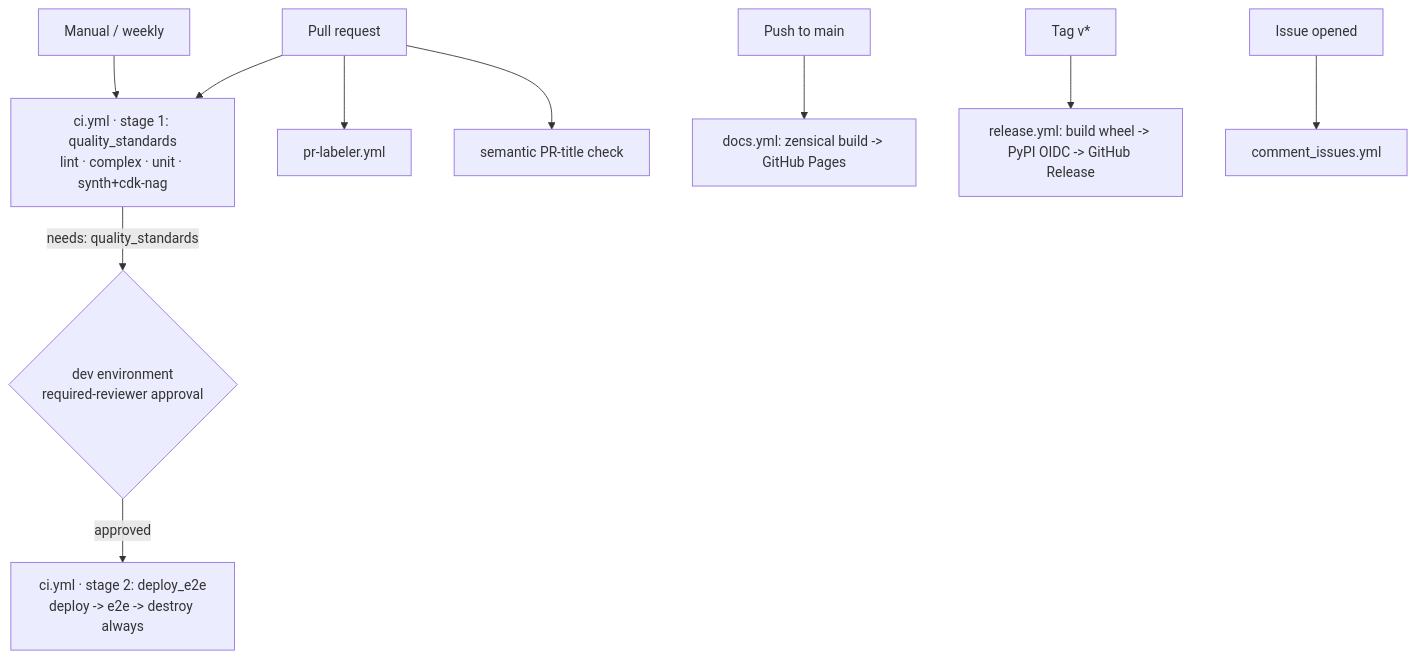
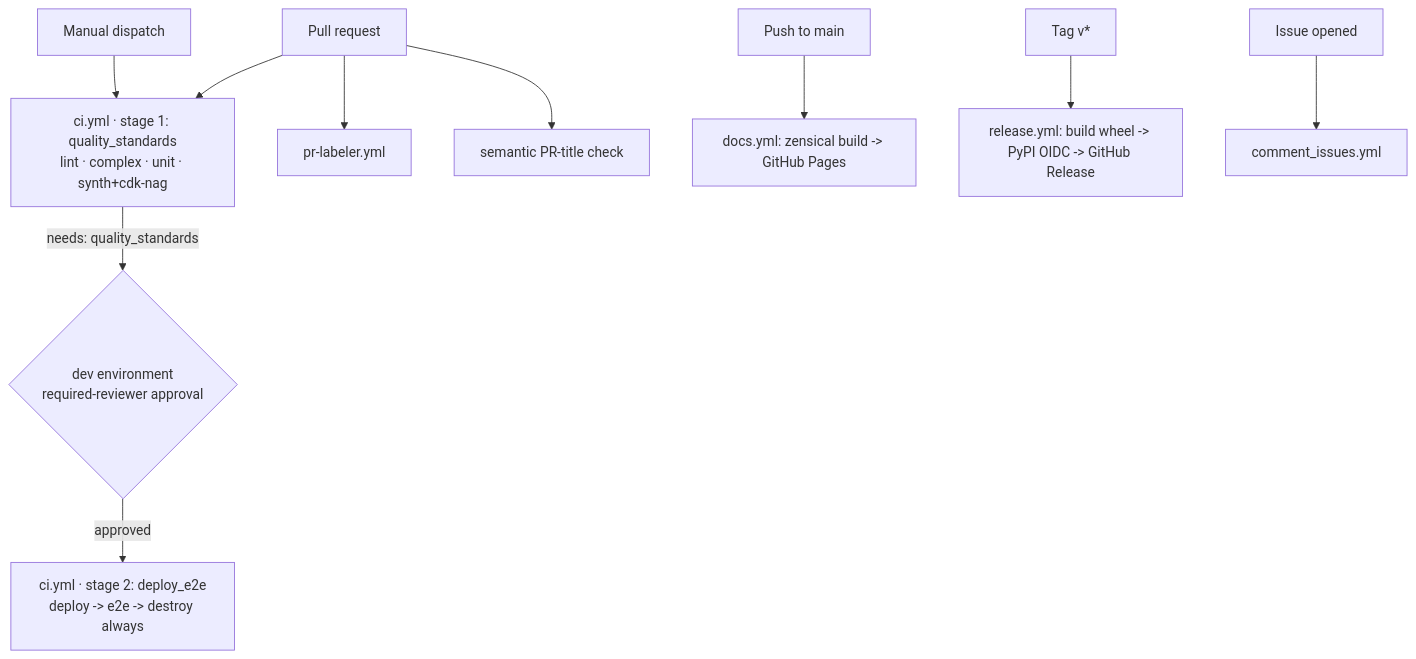
The diagram in docs/pipeline.md (ran-isenberg/lambda-microvm-cdk-python), drawn with Mermaid before and after one commit. The commit also changed other lines of this file and 27 other files, not shown here.

````diff
--- a/docs/pipeline.md
+++ b/docs/pipeline.md
@@ -25,12 +25,12 @@
 ```mermaid
 flowchart TD
     PR[Pull request] --> Q[ci.yml · stage 1: quality_standards<br/>lint · complex · unit · synth+cdk-nag]
-    Manual[Manual / weekly] --> Q
+    Manual[Manual dispatch] --> Q
     Q -->|needs: quality_standards| GATE{dev environment<br/>required-reviewer approval}
     GATE -->|approved| D[ci.yml · stage 2: deploy_e2e<br/>deploy -> e2e -> destroy always]
     PR --> LBL[pr-labeler.yml]
     PR --> SEM[semantic PR-title check]
     Main[Push to main] --> DOCS[docs.yml: zensical build -> GitHub Pages]
     Tag[Tag v*] --> REL[release.yml: build wheel -> PyPI OIDC -> GitHub Release]
     Issue[Issue opened] --> CMT[comment_issues.yml]
 ```
````
